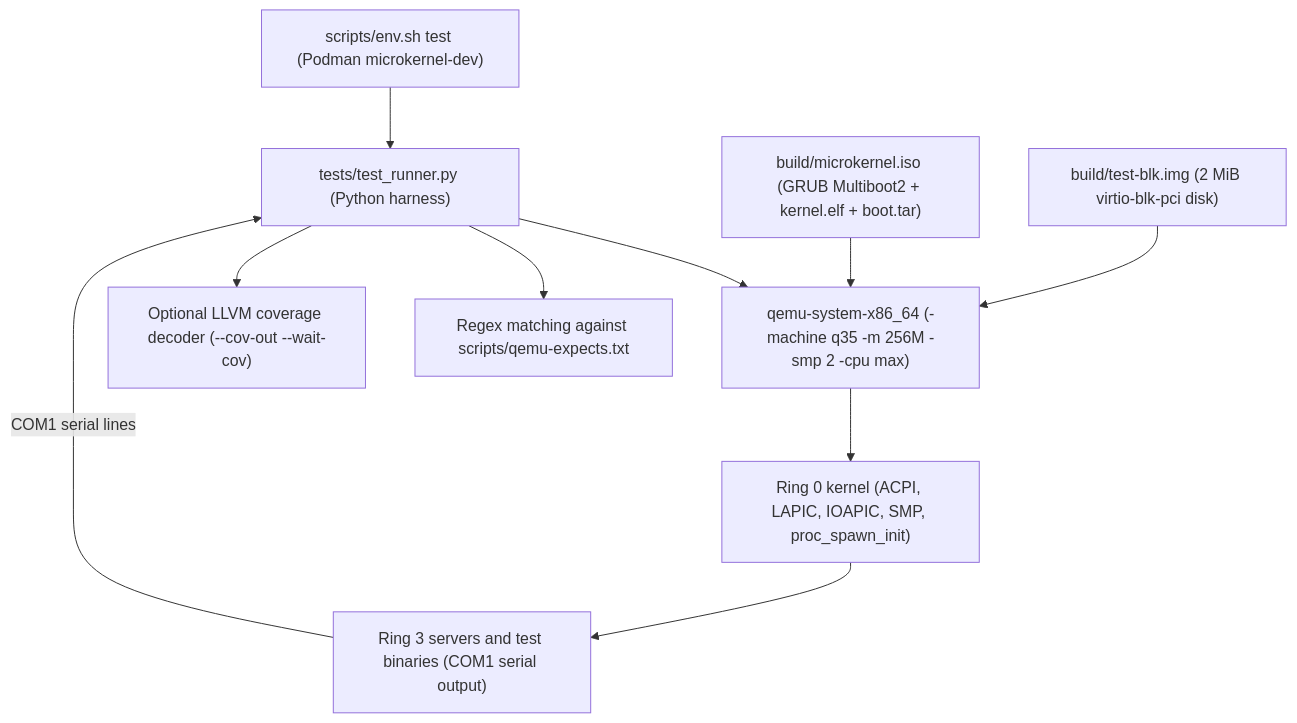
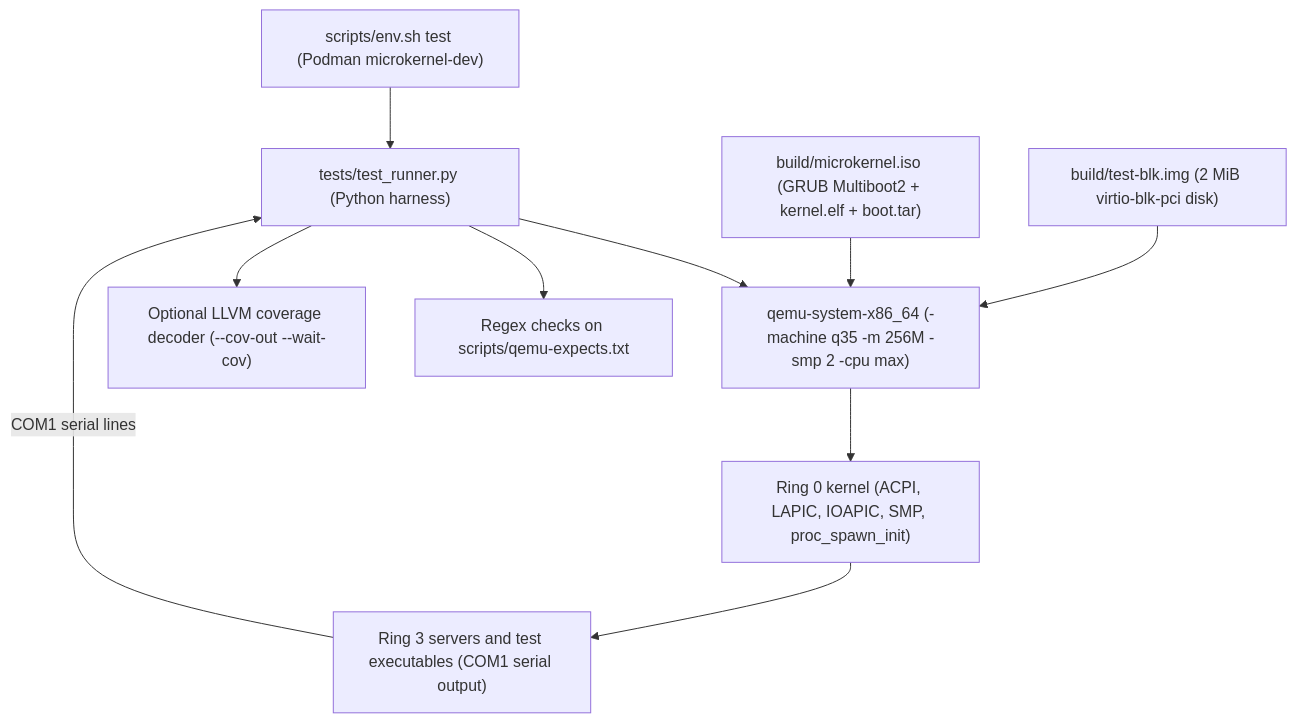
One commit to Deniz-Eren/microkernel changed the diagram in docs/60-verification/qemu-harness.md. Above: the diagram before and after it, drawn with Mermaid. The commit also changed other lines of this file and 151 other files, not shown here.

````diff
--- a/docs/60-verification/qemu-harness.md
+++ b/docs/60-verification/qemu-harness.md
@@ -15,22 +14,22 @@
 ```mermaid
 flowchart TD
     ENV["scripts/env.sh test (Podman microkernel-dev)"]
     RUNNER["tests/test_runner.py (Python harness)"]
     QEMU["qemu-system-x86_64 (-machine q35 -m 256M -smp 2 -cpu max)"]
     ISO["build/microkernel.iso (GRUB Multiboot2 + kernel.elf + boot.tar)"]
     BLK["build/test-blk.img (2 MiB virtio-blk-pci disk)"]
     RING0["Ring 0 kernel (ACPI, LAPIC, IOAPIC, SMP, proc_spawn_init)"]
-    RING3["Ring 3 servers and test binaries (COM1 serial output)"]
-    EXPECT["Regex matching against scripts/qemu-expects.txt"]
+    RING3["Ring 3 servers and test executables (COM1 serial output)"]
+    EXPECT["Regex checks on scripts/qemu-expects.txt"]
     COV["Optional LLVM coverage decoder (--cov-out --wait-cov)"]
 
     ENV --> RUNNER
     RUNNER --> QEMU
     ISO --> QEMU
     BLK --> QEMU
     QEMU --> RING0
     RING0 --> RING3
     RING3 -->|"COM1 serial lines"| RUNNER
     RUNNER --> EXPECT
     RUNNER --> COV
 ```
````
